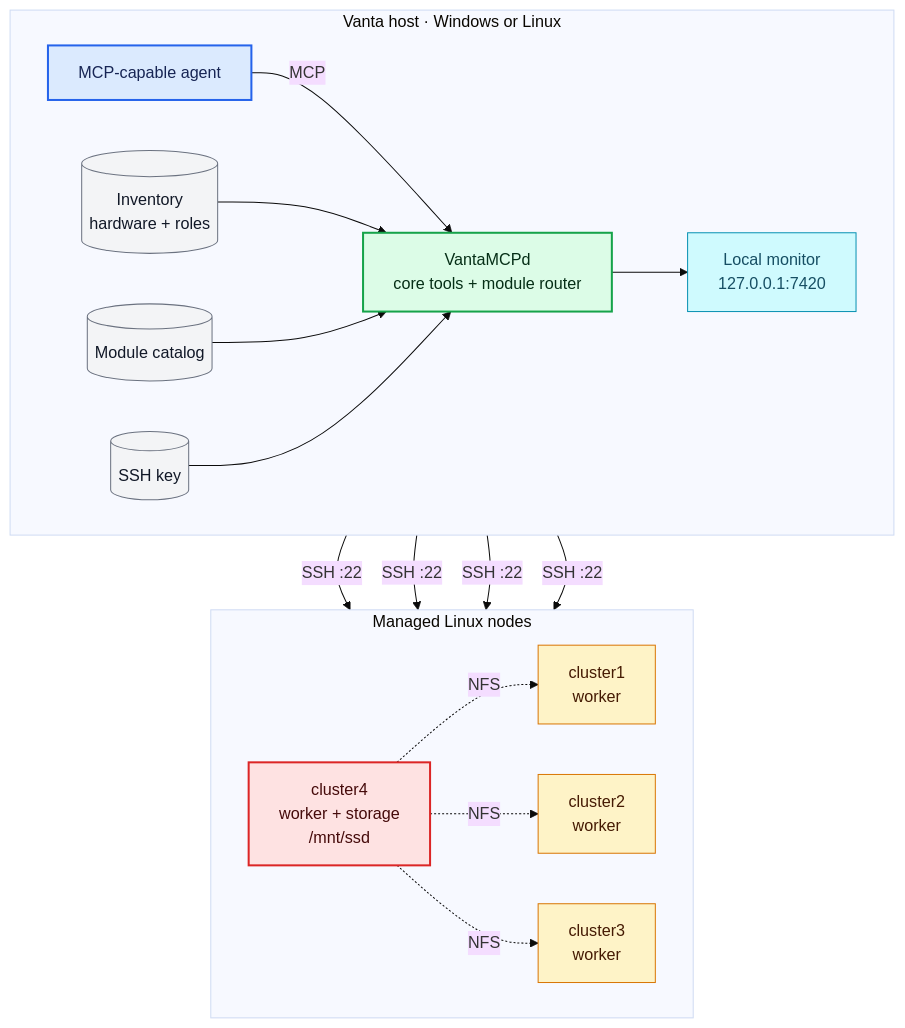
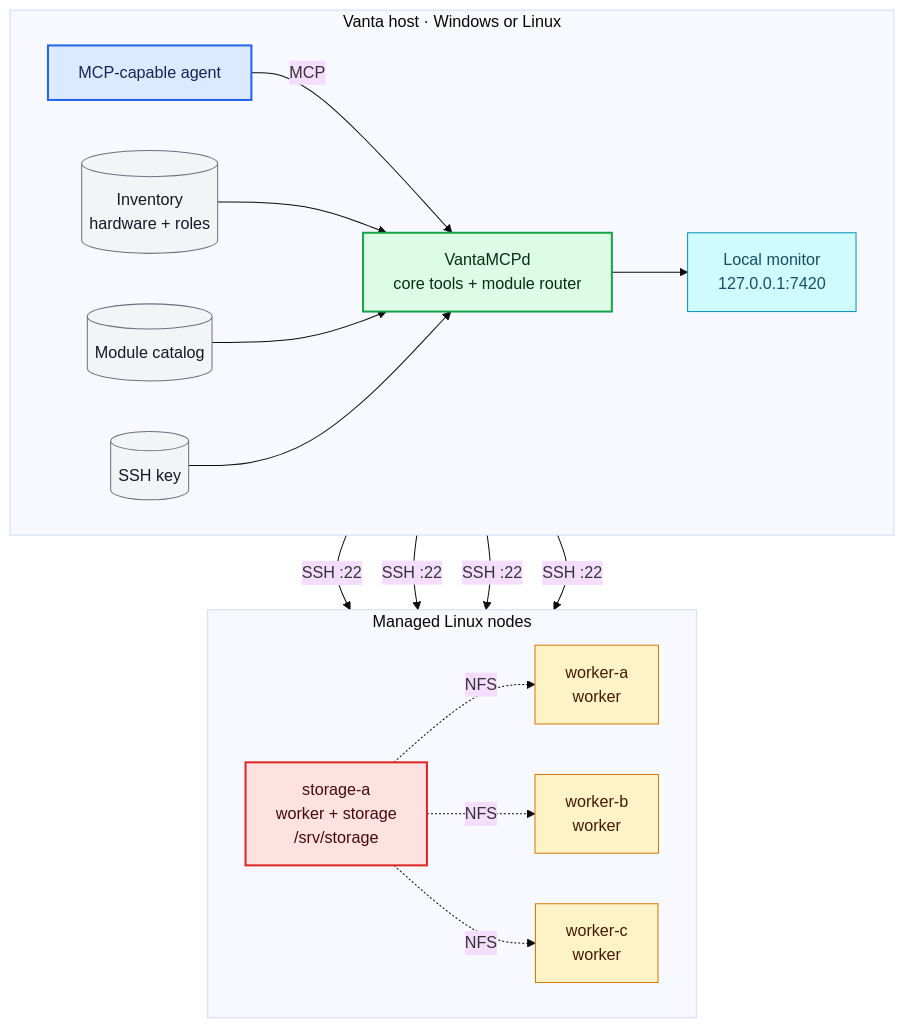
Before and after one commit to ferzkopp/VantaMCPd: the first of 2 diagrams in README.md, drawn with Mermaid (base theme). The commit also changed other lines of this file and 27 other files, not shown here.

````diff
--- a/README.md
+++ b/README.md
@@ -196,34 +202,34 @@
 ```mermaid
 flowchart TB
     subgraph HOST["Vanta host · Windows or Linux"]
         direction LR
         AGENT["MCP-capable agent"]:::client -->|"MCP"| VANTA["VantaMCPd<br/>core tools + module router"]:::control
         INVENTORY[("Inventory<br/>hardware + roles")]:::config --> VANTA
         CATALOG[("Module catalog")]:::config --> VANTA
         KEY[("SSH key")]:::config --> VANTA
         VANTA --> MONITOR["Local monitor<br/>127.0.0.1:7420"]:::monitor
     end
 
     subgraph NODES["Managed Linux nodes"]
         direction LR
-        N1["cluster1<br/>worker"]:::worker
-        N2["cluster2<br/>worker"]:::worker
-        N3["cluster3<br/>worker"]:::worker
-        N4["cluster4<br/>worker + storage<br/>/mnt/ssd"]:::storage
+        N1["worker-a<br/>worker"]:::worker
+        N2["worker-b<br/>worker"]:::worker
+        N3["worker-c<br/>worker"]:::worker
+        N4["storage-a<br/>worker + storage<br/>/srv/storage"]:::storage
     end
 
     VANTA -->|"SSH :22"| N1
     VANTA -->|"SSH :22"| N2
     VANTA -->|"SSH :22"| N3
     VANTA -->|"SSH :22"| N4
     N4 -.->|"NFS"| N1
     N4 -.->|"NFS"| N2
     N4 -.->|"NFS"| N3
 
     classDef client fill:#dbeafe,stroke:#2563eb,color:#172554,stroke-width:2px
     classDef control fill:#dcfce7,stroke:#16a34a,color:#052e16,stroke-width:2px
     classDef config fill:#f3f4f6,stroke:#6b7280,color:#111827
     classDef monitor fill:#cffafe,stroke:#0891b2,color:#164e63
     classDef worker fill:#fef3c7,stroke:#d97706,color:#451a03
     classDef storage fill:#fee2e2,stroke:#dc2626,color:#450a0a,stroke-width:2px
 ```
````
